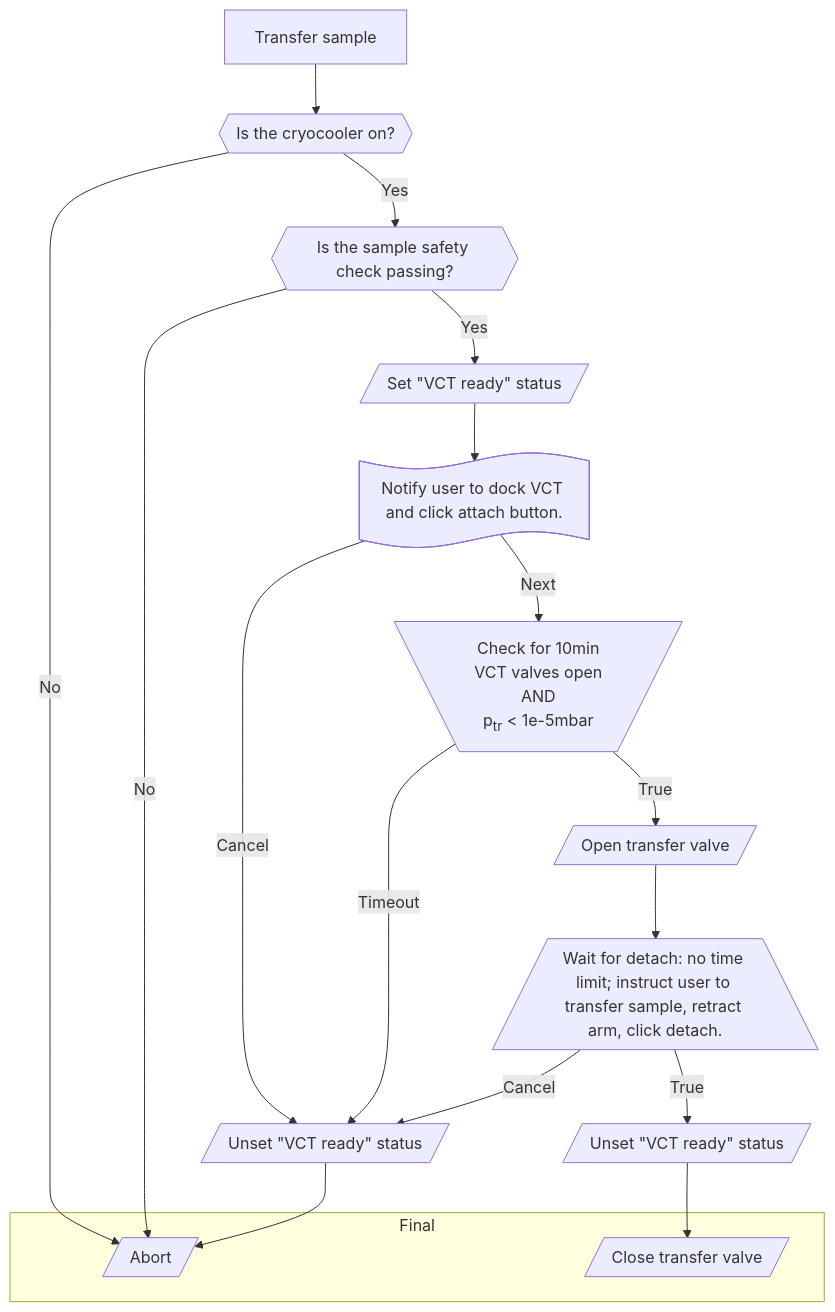
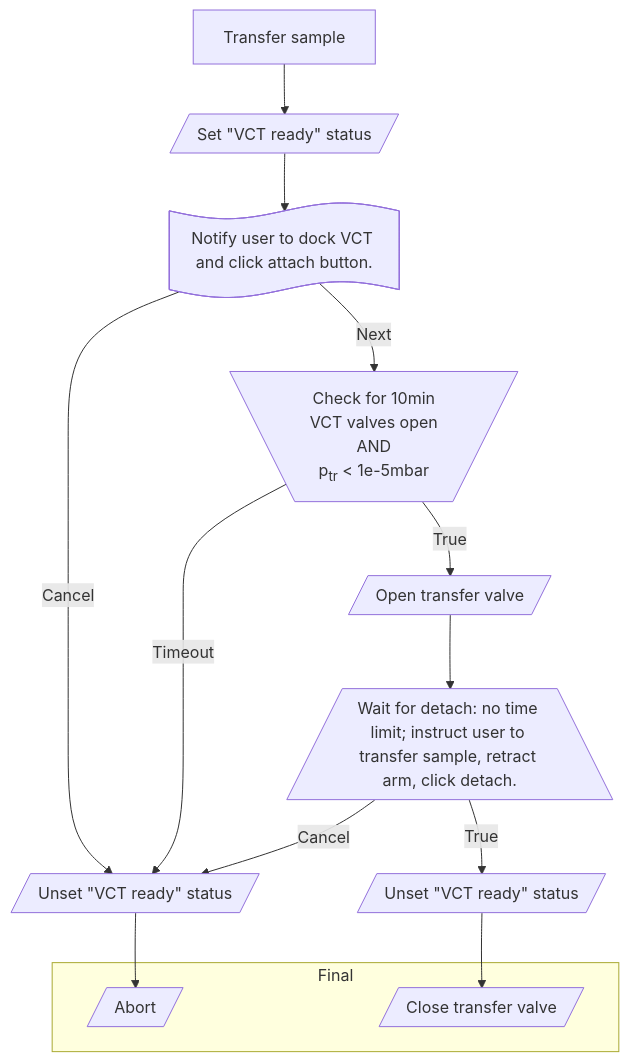
One commit to parkourlrc/pcb-trappitsch--cryostorage-42fec10e6a changed diagram 11 of 11 in docs/src/workflows.md. Above: the diagram before and after it, drawn with Mermaid. The commit also changed other lines of this file and 2 other files, not shown here.

Commit message:
change transfer workflow to be more permissive

````diff
--- a/docs/src/workflows.md
+++ b/docs/src/workflows.md
@@ -331,26 +334,22 @@
 ```mermaid
   flowchart TD
-    PR[Transfer sample] --> CCHK
-    CCHK -->|No| Err
-    CCHK{{Is the cryocooler on?}} -->|Yes| SCHK
-    SCHK{{Is the sample safety check passing?}} -->|No| Err
-    SCHK -->|Yes| RDY
+    PR[Transfer sample] --> RDY
     RDY[/Set "VCT ready" status/] --> NAtt
     NAtt@{ shape: paper-tape, label: "Notify user to dock VCT and click attach button."} -->|Cancel| NRDY
     NRDY[/Unset "VCT ready" status/] --> Err
     NAtt -->|Next| CHKOP[\"Check for 10min
               VCT valves open 
               AND 
               p<sub>tr</sub> < 1e-5mbar"/]
     CHKOP -->|Timeout| NRDY
     CHKOP -->|True| OpTrV
     OpTrV[/Open transfer valve/] --> WaitForDet
     WaitForDet[/Wait for detach: no time limit; instruct user to transfer sample, retract arm, click detach.\] -->|Cancel| NRDY
     WaitForDet --> |True| NRDYF
     NRDYF[/Unset "VCT ready" status/] --> ClTr
 
     subgraph Level3 [Final]
       Err[/Abort/]
       ClTr[/Close transfer valve/]
     end
 ```
````
